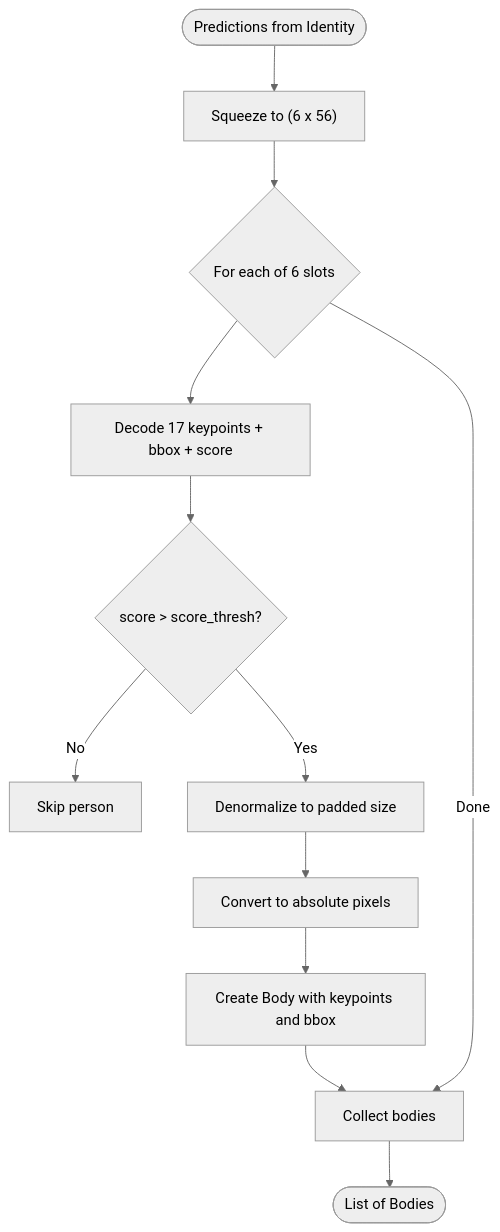
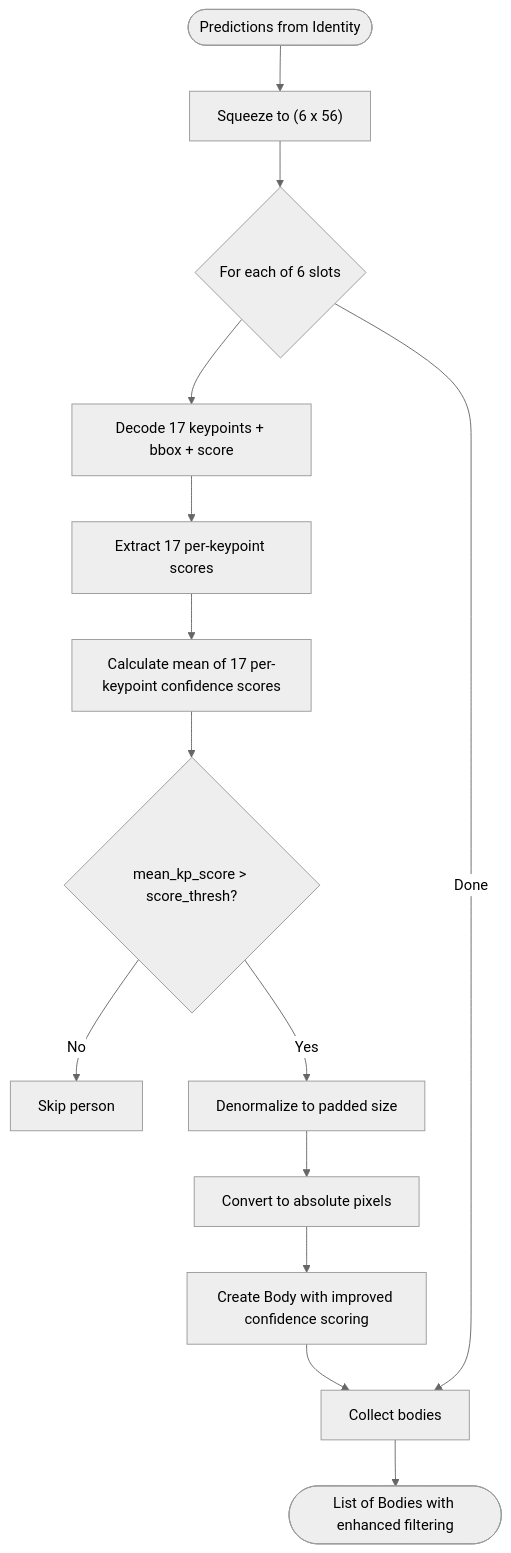
The fifth of 7 diagrams in .qoder/repowiki/en/content/Model Implementations/MoveNet Implementation.md (Fogus-Gr/MeasurementsDTs), drawn with Mermaid (neutral theme) before and after one commit. The commit also changed other lines of this file and 12 other files, not shown here.

````diff
--- a/.qoder/repowiki/en/content/Model Implementations/MoveNet Implementation.md
+++ b/.qoder/repowiki/en/content/Model Implementations/MoveNet Implementation.md
@@ -179,14 +193,16 @@
 ```mermaid
 flowchart TD
 Start(["Predictions from Identity"]) --> Squeeze["Squeeze to (6 x 56)"]
 Squeeze --> Loop{"For each of 6 slots"}
 Loop --> Decode["Decode 17 keypoints + bbox + score"]
-Decode --> Thresh{"score > score_thresh?"}
+Decode --> Extract["Extract 17 per-keypoint scores"]
+Extract --> MeanCalc["Calculate mean of 17 per-keypoint confidence scores"]
+MeanCalc --> Thresh{"mean_kp_score > score_thresh?"}
 Thresh --> |No| Skip["Skip person"]
 Thresh --> |Yes| Denorm["Denormalize to padded size"]
 Denorm --> Abs["Convert to absolute pixels"]
-Abs --> Body["Create Body with keypoints and bbox"]
+Abs --> Body["Create Body with improved confidence scoring"]
 Body --> Collect["Collect bodies"]
 Loop --> |Done| Collect
-Collect --> End(["List of Bodies"])
+Collect --> End(["List of Bodies with enhanced filtering"])
 ```
````
